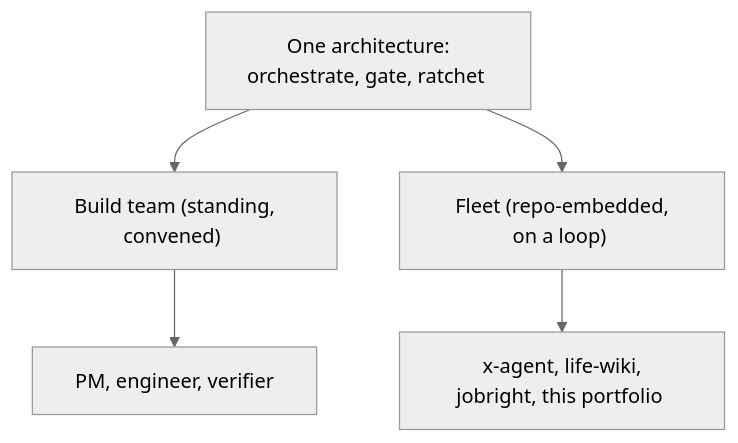
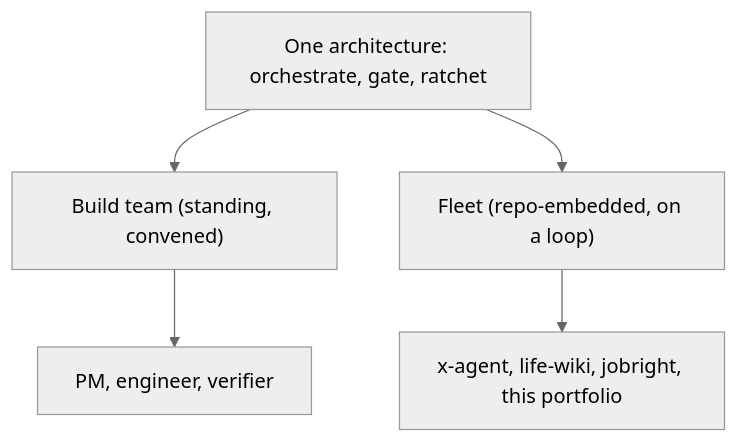
One commit to qufeiz/portfolio changed the diagram in src/content/articles/my-agent-teams.md. Above: the diagram before and after it, drawn with Mermaid (neutral theme). The commit also changed 5 other files, not shown here.

````diff
--- a/src/content/articles/my-agent-teams.md
+++ b/src/content/articles/my-agent-teams.md
@@ -19,8 +19,8 @@
 ```mermaid
 flowchart TB
-  A["&nbsp;One architecture: orchestrate, gate, ratchet&nbsp;"]
-  A --> T1["&nbsp;Build team (standing, convened)&nbsp;"]
-  A --> T2["&nbsp;Fleet (repo-embedded, on a loop)&nbsp;"]
-  T1 --> R1["&nbsp;PM, engineer, verifier&nbsp;"]
-  T2 --> R2["&nbsp;x-agent, life-wiki, jobright, this portfolio&nbsp;"]
+  A["One architecture: orchestrate, gate, ratchet"]
+  A --> T1["Build team (standing, convened)"]
+  A --> T2["Fleet (repo-embedded, on a loop)"]
+  T1 --> R1["PM, engineer, verifier"]
+  T2 --> R2["x-agent, life-wiki, jobright, this portfolio"]
 ```
````
